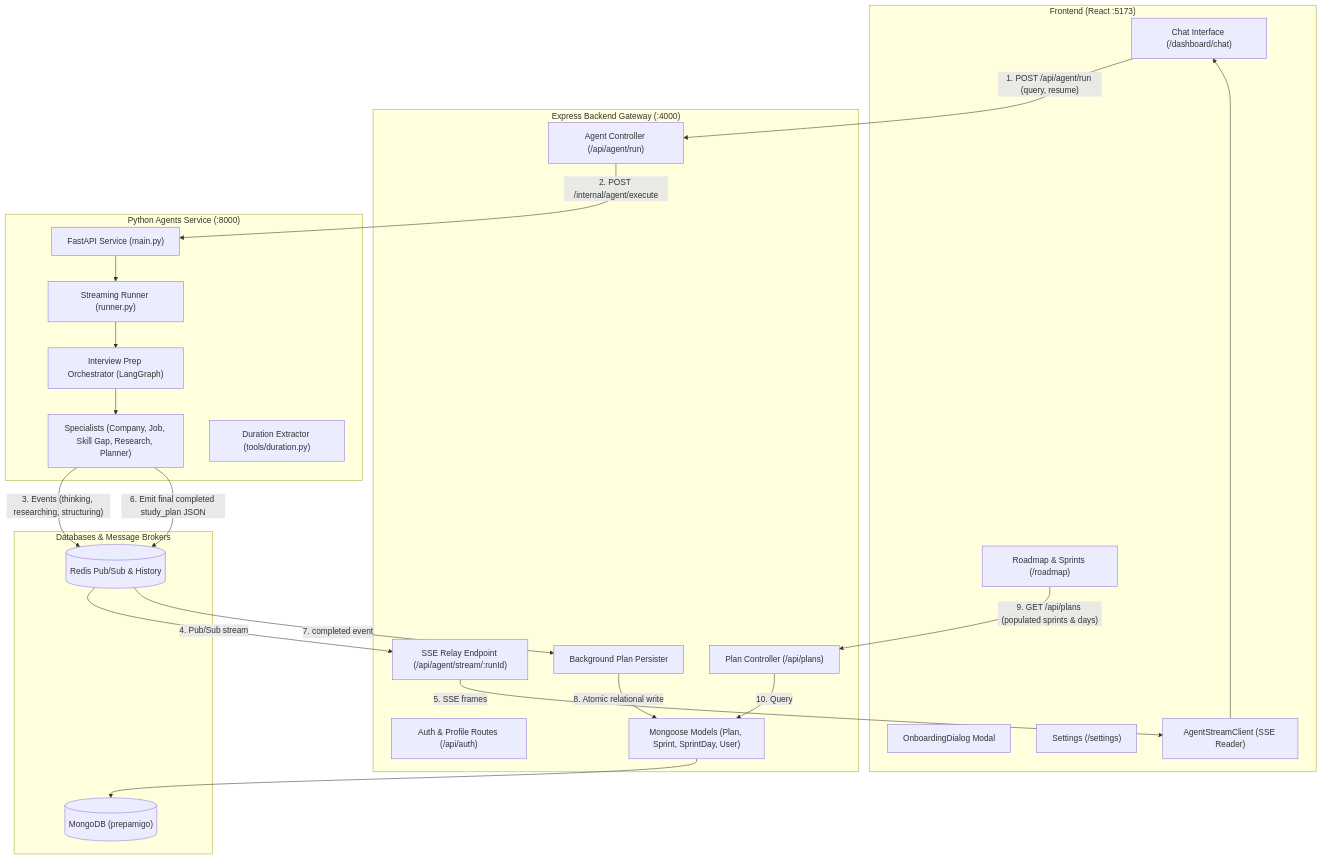
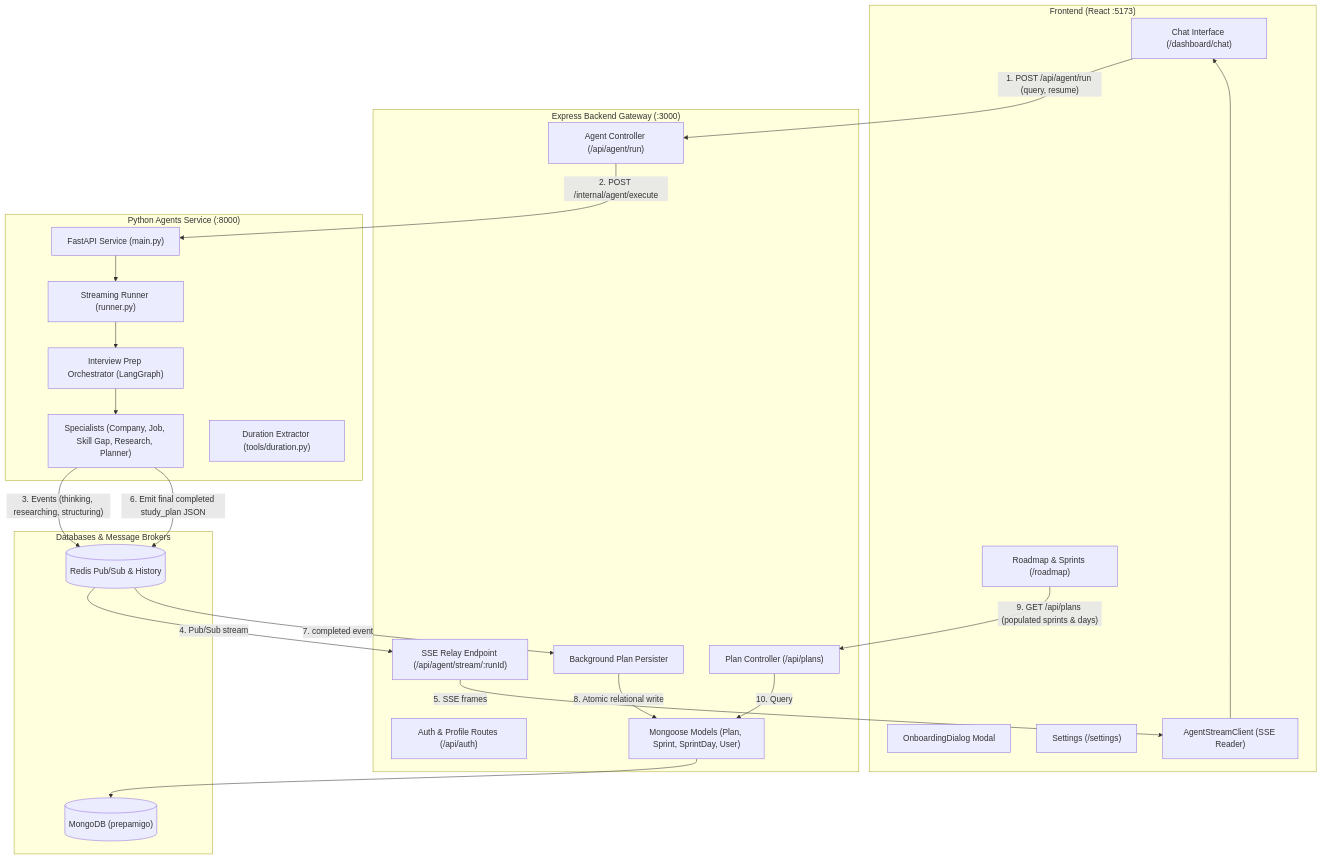
Before and after one commit to anjali76Codes/PrepAmigo-Multi-Agent-Personalized-Preparation-System: the diagram in docs/integration-changes.md, drawn with Mermaid. The commit also changed other lines of this file and 18 other files, not shown here.

````diff
--- a/docs/integration-changes.md
+++ b/docs/integration-changes.md
@@ -22,49 +22,49 @@
 ```mermaid
 flowchart TD
     subgraph Client ["Frontend (React :5173)"]
         UI_Chat["Chat Interface (/dashboard/chat)"]
         UI_Roadmap["Roadmap & Sprints (/roadmap)"]
         UI_Onboarding["OnboardingDialog Modal"]
         UI_Settings["Settings (/settings)"]
         StreamClient["AgentStreamClient (SSE Reader)"]
     end
 
-    subgraph Gateway ["Express Backend Gateway (:4000)"]
+    subgraph Gateway ["Express Backend Gateway (:3000)"]
         AuthRoutes["Auth & Profile Routes (/api/auth)"]
         AgentController["Agent Controller (/api/agent/run)"]
         PlanController["Plan Controller (/api/plans)"]
         SSERelay["SSE Relay Endpoint (/api/agent/stream/:runId)"]
         PersistWorker["Background Plan Persister"]
         MongoModels["Mongoose Models (Plan, Sprint, SprintDay, User)"]
     end
 
     subgraph AgentWorker ["Python Agents Service (:8000)"]
         FastAPI_App["FastAPI Service (main.py)"]
         Runner["Streaming Runner (runner.py)"]
         Orchestrator["Interview Prep Orchestrator (LangGraph)"]
         Specialists["Specialists (Company, Job, Skill Gap, Research, Planner)"]
         DurationTool["Duration Extractor (tools/duration.py)"]
     end
 
     subgraph Infrastructure ["Databases & Message Brokers"]
         RedisPubSub[("Redis Pub/Sub & History")]
         MongoDB[("MongoDB (prepamigo)")]
     end
 
     UI_Chat -- "1. POST /api/agent/run (query, resume)" --> AgentController
     AgentController -- "2. POST /internal/agent/execute" --> FastAPI_App
     FastAPI_App --> Runner --> Orchestrator
     Orchestrator --> Specialists
     Specialists -- "3. Events (thinking, researching, structuring)" --> RedisPubSub
     RedisPubSub -- "4. Pub/Sub stream" --> SSERelay
     SSERelay -- "5. SSE frames" --> StreamClient
     StreamClient --> UI_Chat
 
     Specialists -- "6. Emit final completed study_plan JSON" --> RedisPubSub
     RedisPubSub -- "7. completed event" --> PersistWorker
     PersistWorker -- "8. Atomic relational write" --> MongoModels
     MongoModels --> MongoDB
 
     UI_Roadmap -- "9. GET /api/plans (populated sprints & days)" --> PlanController
     PlanController -- "10. Query" --> MongoModels
 ```
````
